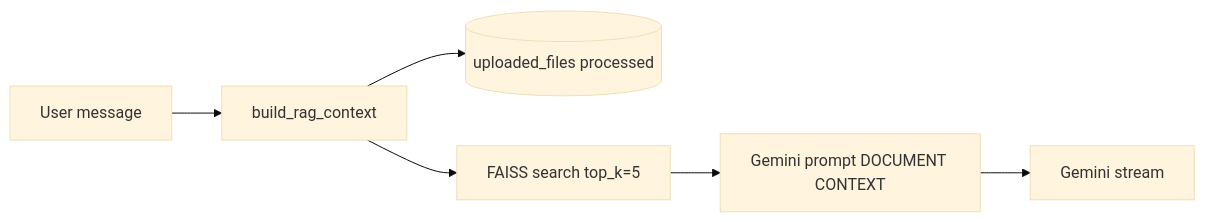
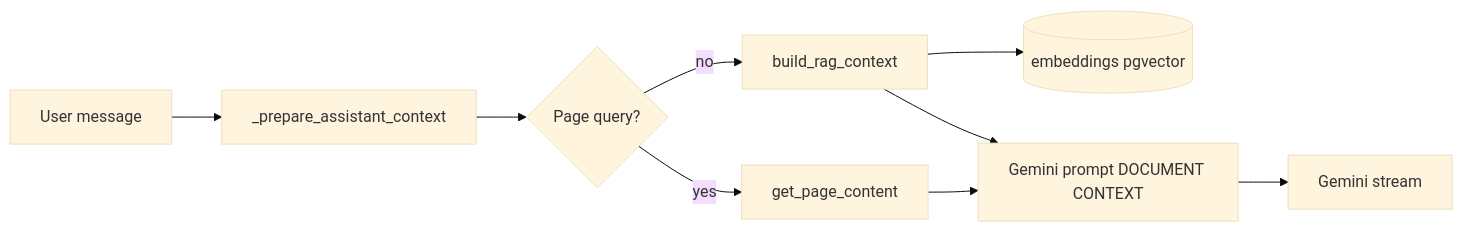
Before and after one commit to akshatha-22/chatbot-widget: the sixth of 11 diagrams in docs/02_architecture_diagrams.md, drawn with Mermaid (base theme). The commit also changed other lines of this file and 10 other files, not shown here.

````diff
--- a/docs/02_architecture_diagrams.md
+++ b/docs/02_architecture_diagrams.md
@@ -147,15 +147,20 @@
 ```mermaid
 flowchart LR
     Q[User message]
+    PAC[_prepare_assistant_context]
+    Page{Page query?}
+    PageGet[get_page_content]
     BF[build_rag_context]
-    DB[(uploaded_files processed)]
-    FAISS[FAISS search top_k=5]
+    DB[(embeddings pgvector)]
     P[Gemini prompt DOCUMENT CONTEXT]
     G[Gemini stream]
 
-    Q --> BF
+    Q --> PAC
+    PAC --> Page
+    Page -->|yes| PageGet
+    Page -->|no| BF
+    PageGet --> P
     BF --> DB
-    BF --> FAISS
-    FAISS --> P
+    BF --> P
     P --> G
 ```
````
